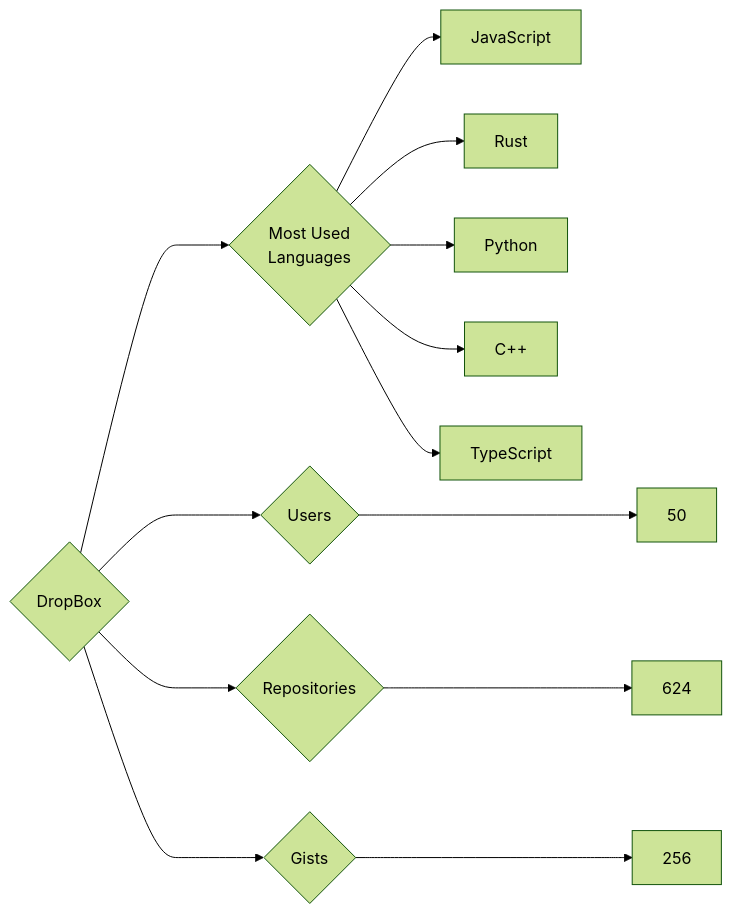
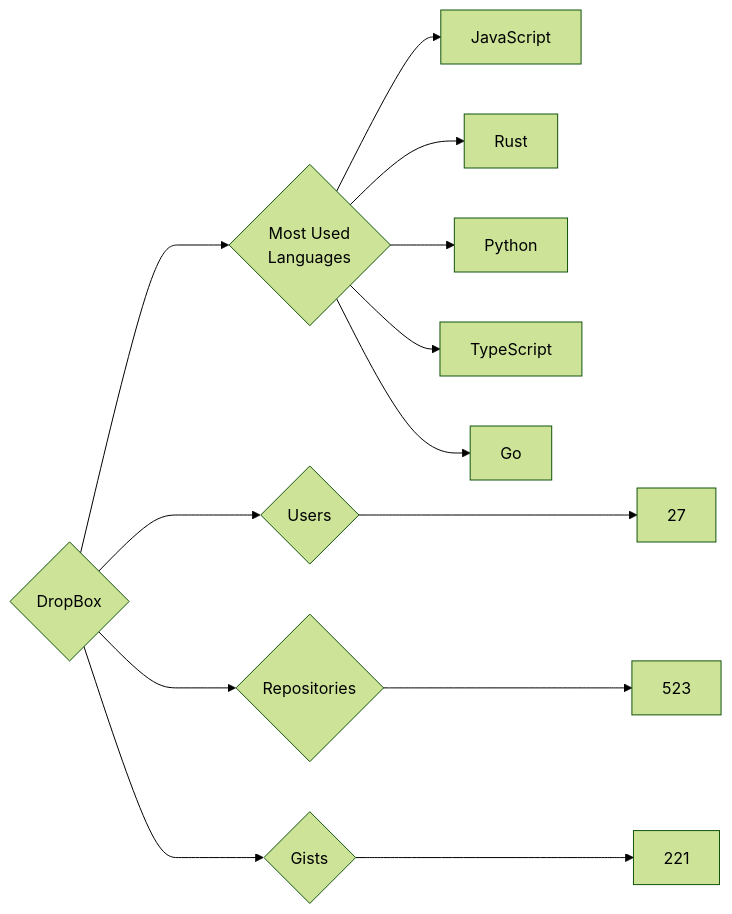
Before and after one commit to trickest/insiders: the diagram in targets/DropBox/README.md, drawn with Mermaid (forest theme). The commit also changed 914 other files, not shown here.

````diff
--- a/targets/DropBox/README.md
+++ b/targets/DropBox/README.md
@@ -3,13 +3,13 @@
 ```mermaid
 graph LR
 COMPANY_NAME{DropBox}
-COMPANY_NAME ---> U{Users} ---> UN[50]
-COMPANY_NAME ---> R{Repositories} ---> RN[624]
-COMPANY_NAME ---> G{Gists} ---> GN[256]
+COMPANY_NAME ---> U{Users} ---> UN[27]
+COMPANY_NAME ---> R{Repositories} ---> RN[523]
+COMPANY_NAME ---> G{Gists} ---> GN[221]
 COMPANY_NAME ---> ML{Most Used<br>Languages}
 ML --> JavaScript[JavaScript]
 ML --> Rust[Rust]
 ML --> Python[Python]
-ML --> C++[C++]
 ML --> TypeScript[TypeScript]
+ML --> Go[Go]
 ```
````
